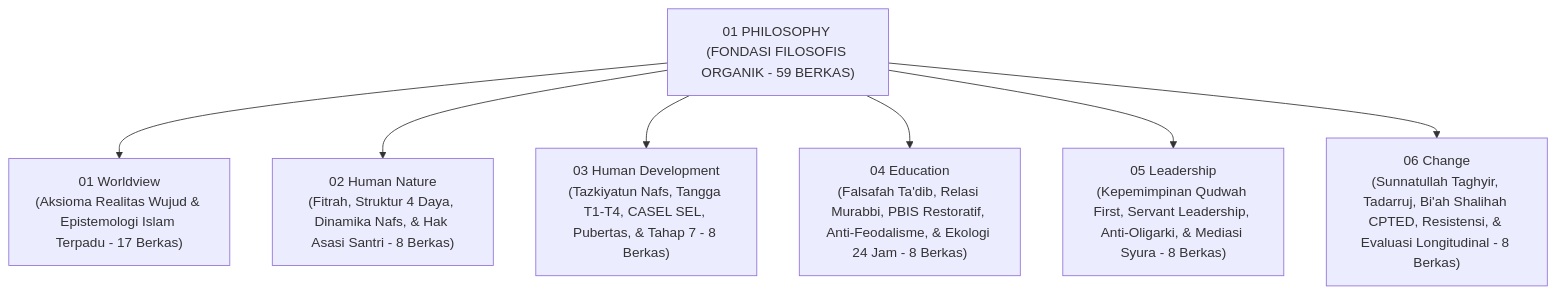
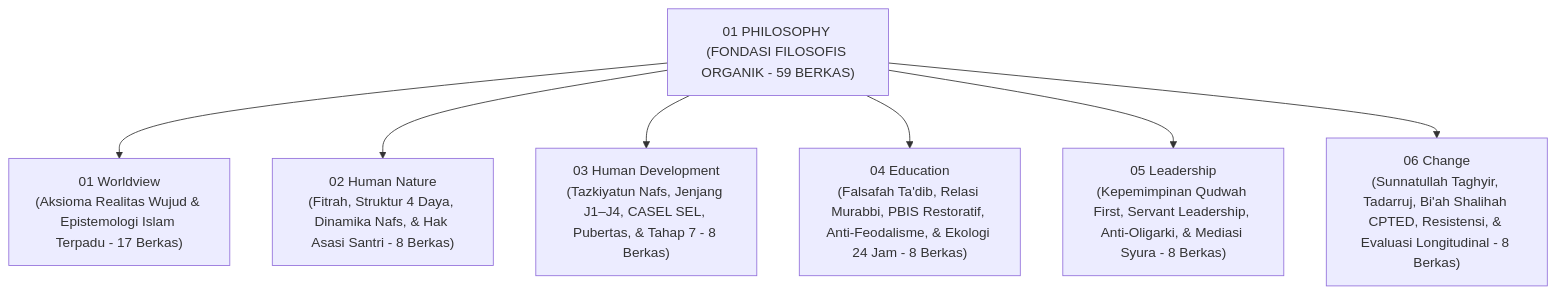
Before and after one commit to wandiapriliyandi/tumbuh: the diagram in 01 Philosophy/README.md, drawn with Mermaid. The commit also changed other lines of this file and 209 other files, not shown here.

````diff
--- a/01 Philosophy/README.md
+++ b/01 Philosophy/README.md
@@ -14,11 +14,11 @@
 ```mermaid
 graph TD
     P1["01 PHILOSOPHY (FONDASI FILOSOFIS ORGANIK - 59 BERKAS)"]
     
     P1 --> D1["01 Worldview<br/>(Aksioma Realitas Wujud & Epistemologi Islam Terpadu - 17 Berkas)"]
     P1 --> D2["02 Human Nature<br/>(Fitrah, Struktur 4 Daya, Dinamika Nafs, & Hak Asasi Santri - 8 Berkas)"]
-    P1 --> D3["03 Human Development<br/>(Tazkiyatun Nafs, Tangga T1-T4, CASEL SEL, Pubertas, & Tahap 7 - 8 Berkas)"]
+    P1 --> D3["03 Human Development<br/>(Tazkiyatun Nafs, Jenjang J1–J4, CASEL SEL, Pubertas, & Tahap 7 - 8 Berkas)"]
     P1 --> D4["04 Education<br/>(Falsafah Ta'dib, Relasi Murabbi, PBIS Restoratif, Anti-Feodalisme, & Ekologi 24 Jam - 8 Berkas)"]
     P1 --> D5["05 Leadership<br/>(Kepemimpinan Qudwah First, Servant Leadership, Anti-Oligarki, & Mediasi Syura - 8 Berkas)"]
     P1 --> D6["06 Change<br/>(Sunnatullah Taghyir, Tadarruj, Bi'ah Shalihah CPTED, Resistensi, & Evaluasi Longitudinal - 8 Berkas)"]
 ```
````
